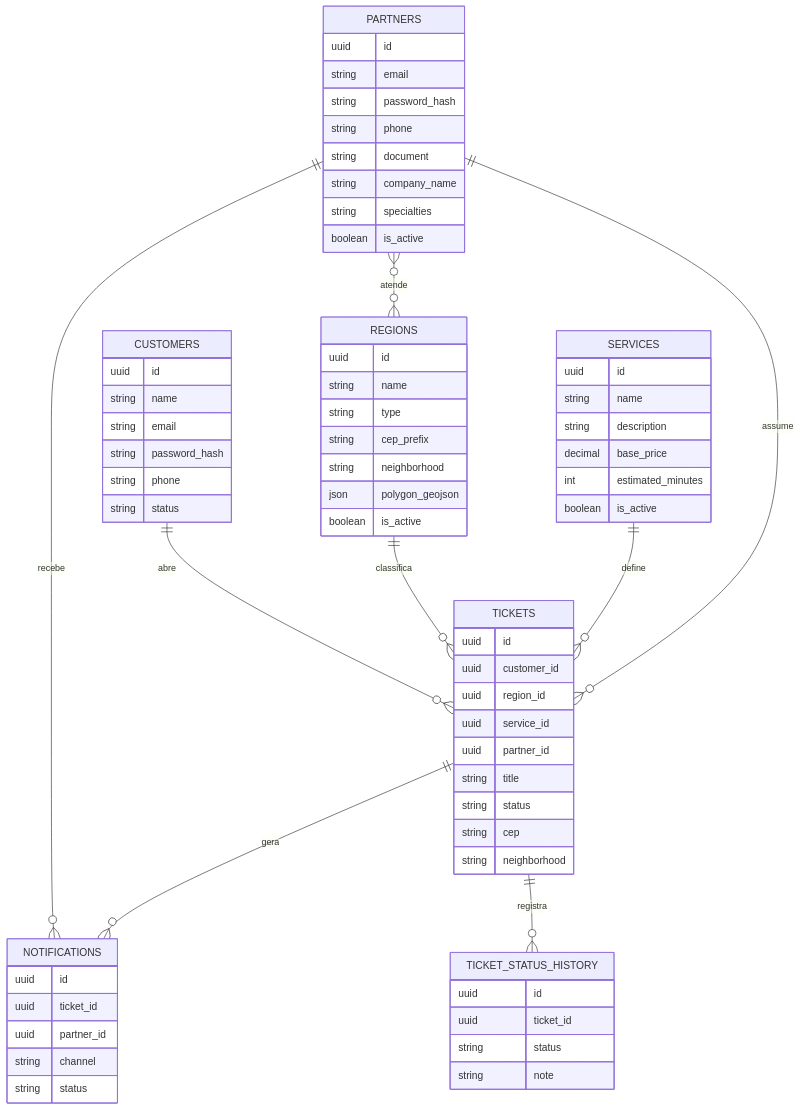
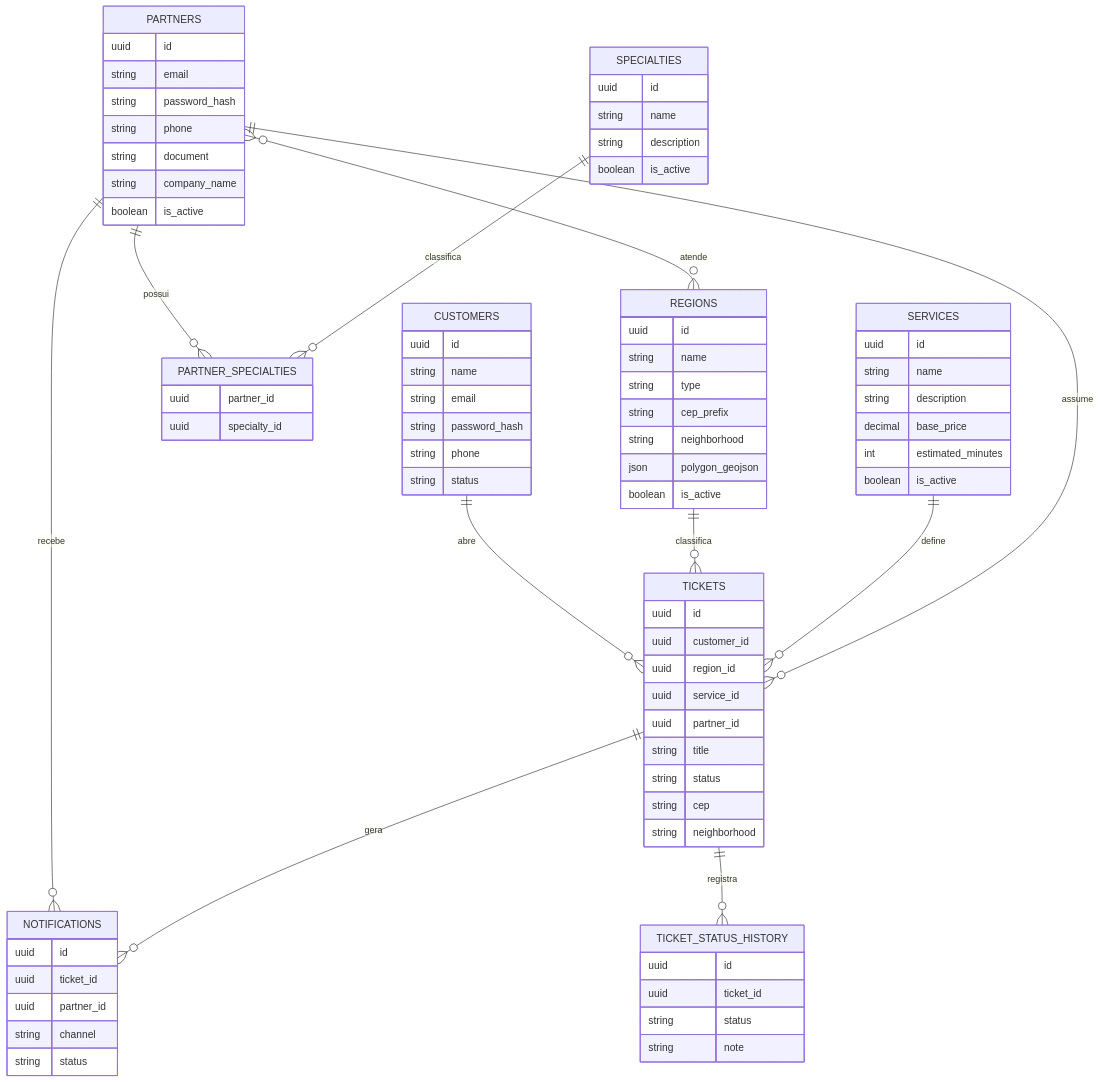
One commit to FelipeVieir4/Projeto_LAMD_2026_1 changed the third of 3 diagrams in Backend/docs/diagrams.md. Above: the diagram before and after it, drawn with Mermaid. The commit also changed other lines of this file and 23 other files, not shown here.

```diff
--- a/Backend/docs/diagrams.md
+++ b/Backend/docs/diagrams.md
@@ -19,6 +49,8 @@
 erDiagram
   CUSTOMERS ||--o{ TICKETS : abre
   PARTNERS ||--o{ NOTIFICATIONS : recebe
+  PARTNERS ||--o{ PARTNER_SPECIALTIES : possui
+  SPECIALTIES ||--o{ PARTNER_SPECIALTIES : classifica
   PARTNERS }o--o{ REGIONS : atende
   REGIONS ||--o{ TICKETS : classifica
   SERVICES ||--o{ TICKETS : define
@@ -42,8 +74,19 @@
     string phone
     string document
     string company_name
-    string specialties
     boolean is_active
+  }
+
+  SPECIALTIES {
+    uuid id
+    string name
+    string description
+    boolean is_active
+  }
+
+  PARTNER_SPECIALTIES {
+    uuid partner_id
+    uuid specialty_id
   }
 
   REGIONS {
```
